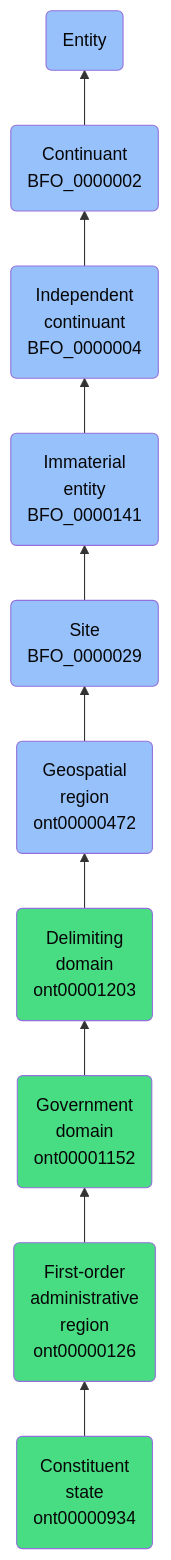
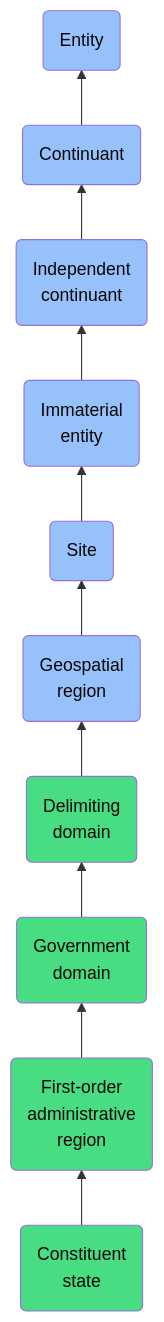
One commit to jupyter-naas/abi changed the diagram in docs/ontology/reference/model/Entity/Continuant/Independent continuant/Immaterial entity/Site/Geospatial region/Delimiting domain/Government domain/First-order administrative region/Constituent state/Constituent state.md. Above: the diagram before and after it, drawn with Mermaid. The commit also changed other lines of this file and 1430 other files, not shown here.

````diff
--- a/docs/ontology/reference/model/Entity/Continuant/Independent continuant/Immaterial entity/Site/Geospatial region/Delimiting domain/Government domain/First-order administrative region/Constituent state/Constituent state.md
+++ b/docs/ontology/reference/model/Entity/Continuant/Independent continuant/Immaterial entity/Site/Geospatial region/Delimiting domain/Government domain/First-order administrative region/Constituent state/Constituent state.md
@@ -24,17 +24,17 @@
 ```mermaid
 graph BT
-    ont00000934(Constituent<br>state<br>ont00000934):::ABI-->ont00000126
-    ont00000126(First-order<br>administrative<br>region<br>ont00000126):::ABI-->ont00001152
-    ont00001152(Government<br>domain<br>ont00001152):::ABI-->ont00001203
-    ont00001203(Delimiting<br>domain<br>ont00001203):::ABI-->ont00000472
-    ont00000472(Geospatial<br>region<br>ont00000472):::BFO-->BFO_0000029
-    BFO_0000029(Site<br>BFO_0000029):::BFO-->BFO_0000141
-    BFO_0000141(Immaterial<br>entity<br>BFO_0000141):::BFO-->BFO_0000004
-    BFO_0000004(Independent<br>continuant<br>BFO_0000004):::BFO-->BFO_0000002
-    BFO_0000002(Continuant<br>BFO_0000002):::BFO-->BFO_0000001
+    ont00000934(Constituent<br>state):::ABI-->ont00000126
+    ont00000126(First-order<br>administrative<br>region):::ABI-->ont00001152
+    ont00001152(Government<br>domain):::ABI-->ont00001203
+    ont00001203(Delimiting<br>domain):::ABI-->ont00000472
+    ont00000472(Geospatial<br>region):::BFO-->BFO_0000029
+    BFO_0000029(Site):::BFO-->BFO_0000141
+    BFO_0000141(Immaterial<br>entity):::BFO-->BFO_0000004
+    BFO_0000004(Independent<br>continuant):::BFO-->BFO_0000002
+    BFO_0000002(Continuant):::BFO-->BFO_0000001
     BFO_0000001(Entity):::BFO
     
     classDef BFO fill:#97c1fb,color:#060606
     classDef CCO fill:#e4c51e,color:#060606
     classDef ABI fill:#48DD82,color:#060606
 ```
````
